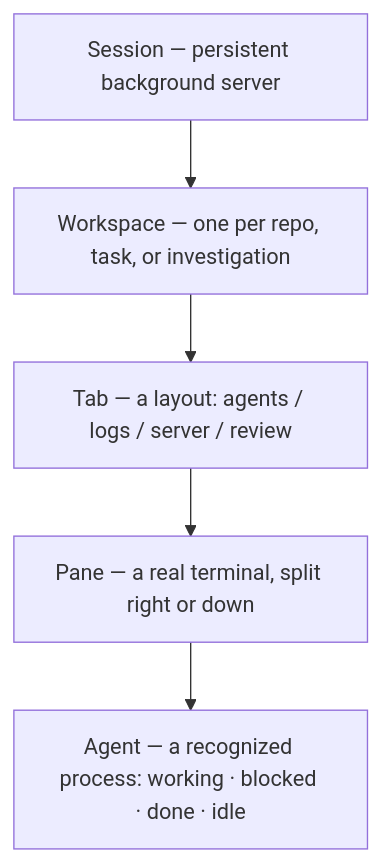
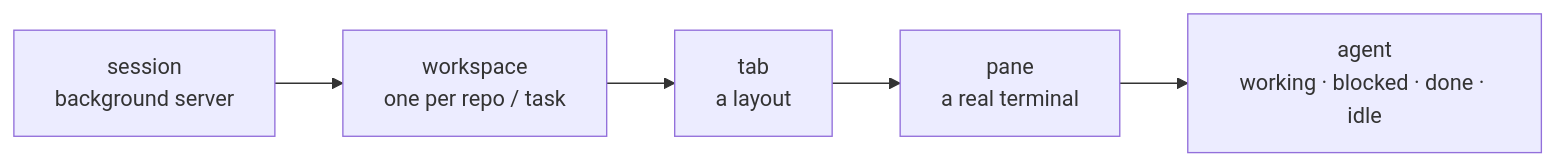
Before and after one commit to vinaykagithapu/vinaykagithapu.github.io: the first of 2 diagrams in docs/ai-tools/herdr/4-core-concepts.md, drawn with Mermaid. The commit also changed 14 other files, not shown here.

````diff
--- a/docs/ai-tools/herdr/4-core-concepts.md
+++ b/docs/ai-tools/herdr/4-core-concepts.md
@@ -15,7 +15,7 @@
 ```mermaid
-flowchart TD
-    S["Session — persistent background server"] --> W["Workspace — one per repo, task, or investigation"]
-    W --> T["Tab — a layout: agents / logs / server / review"]
-    T --> P["Pane — a real terminal, split right or down"]
-    P --> A["Agent — a recognized process: working · blocked · done · idle"]
+flowchart LR
+    S["session<br/>background server"] --> W["workspace<br/>one per repo / task"]
+    W --> T["tab<br/>a layout"]
+    T --> P["pane<br/>a real terminal"]
+    P --> A["agent<br/>working · blocked · done · idle"]
 ```
````
